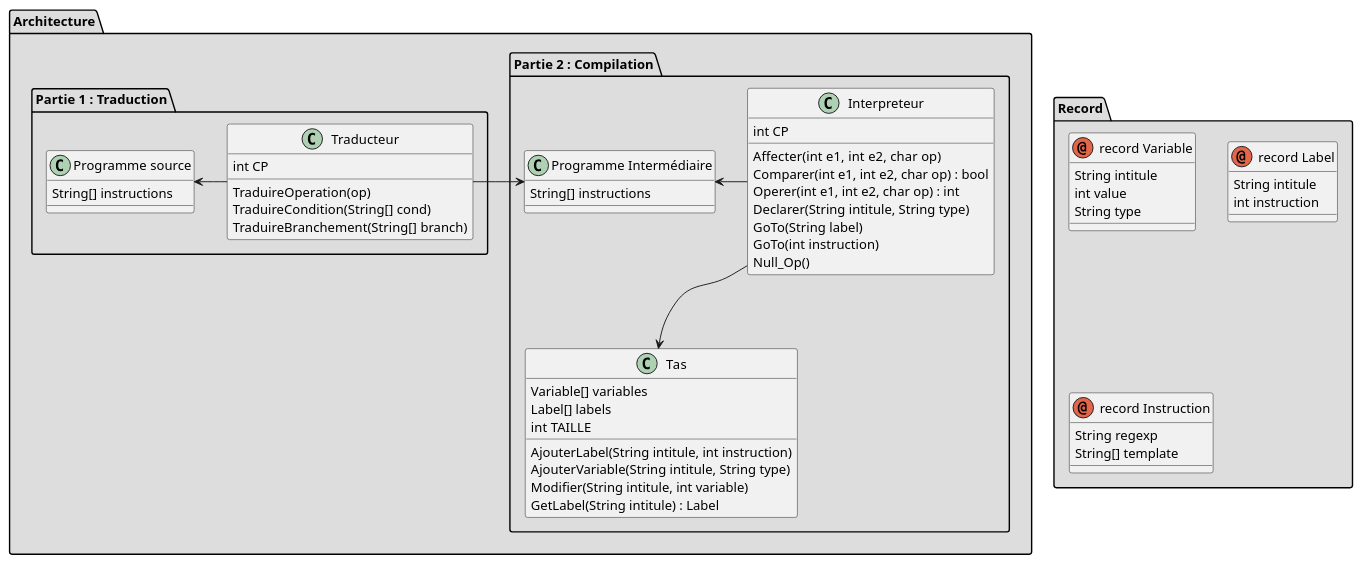
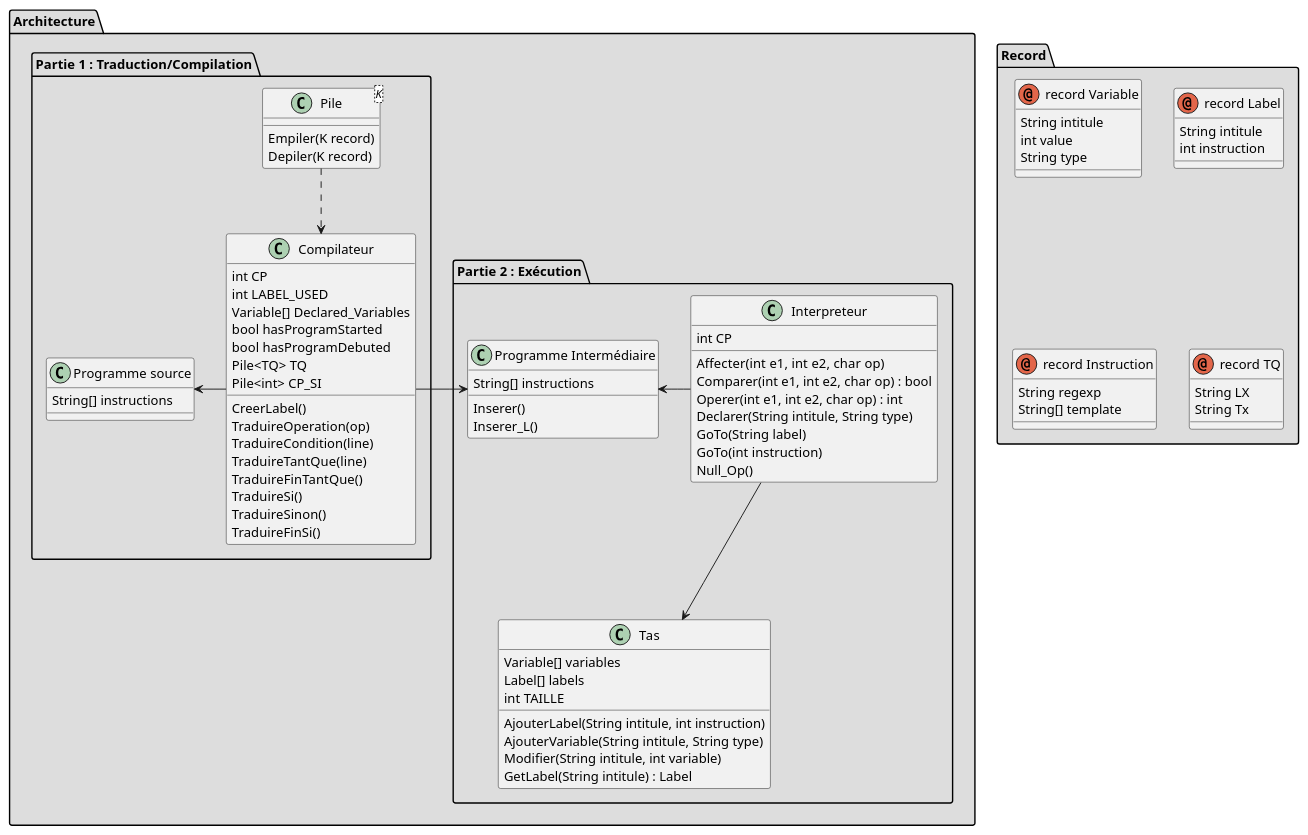
Before and after one commit to Damsien/Dato: the diagram in README.md, drawn with PlantUML.

Commit message:
Change architecture for adding new step

```diff
--- a/README.md
+++ b/README.md
@@ -12,10 +10,12 @@
 package "Architecture" #DDDDDD {
 
 
-package "Partie 2 : Compilation" #DDDDDD {
+package "Partie 2 : Exécution" #DDDDDD {
 
 class "Programme Intermédiaire" {
 String[] instructions
+Inserer()
+Inserer_L()
 }
 
 class Tas {
@@ -41,27 +41,43 @@
 Null_Op()
 }
 
-Interpreteur --> Tas : "\t\t\t\t\t\t\t\t\t\t\t\t\t\t\t"
+Interpreteur --> Tas : "\t\t\t\t\t\t\t\t\t\t\t\t"
 "Programme Intermédiaire" <- Interpreteur
-
 
 }
 
-package "Partie 1 : Traduction" #DDDDDD {
+package "Partie 1 : Traduction/Compilation" #DDDDDD {
 
 class "Programme source" {
 String[] instructions
 }
 
-class Traducteur {
-int CP
-TraduireOperation(op)
-TraduireCondition(String[] cond)
-TraduireBranchement(String[] branch)
+class Pile<K> {
+    Empiler(K record)
+    Depiler(K record)
 }
 
-"Programme source" <- Traducteur
-Traducteur -> "Programme Intermédiaire"
+class Compilateur {
+int CP
+int LABEL_USED
+Variable[] Declared_Variables
+bool hasProgramStarted
+bool hasProgramDebuted
+Pile<TQ> TQ
+Pile<int> CP_SI
+CreerLabel()
+TraduireOperation(op)
+TraduireCondition(line)
+TraduireTantQue(line)
+TraduireFinTantQue()
+TraduireSi()
+TraduireSinon()
+TraduireFinSi()
+}
+
+Pile ..> Compilateur
+"Programme source" <- Compilateur
+Compilateur -> "Programme Intermédiaire"
 
 
 }
@@ -85,6 +101,11 @@
 String[] template
 }
 
+annotation " record TQ" {
+String LX
+String Tx
+}
+
 }
 
 @enduml
```
